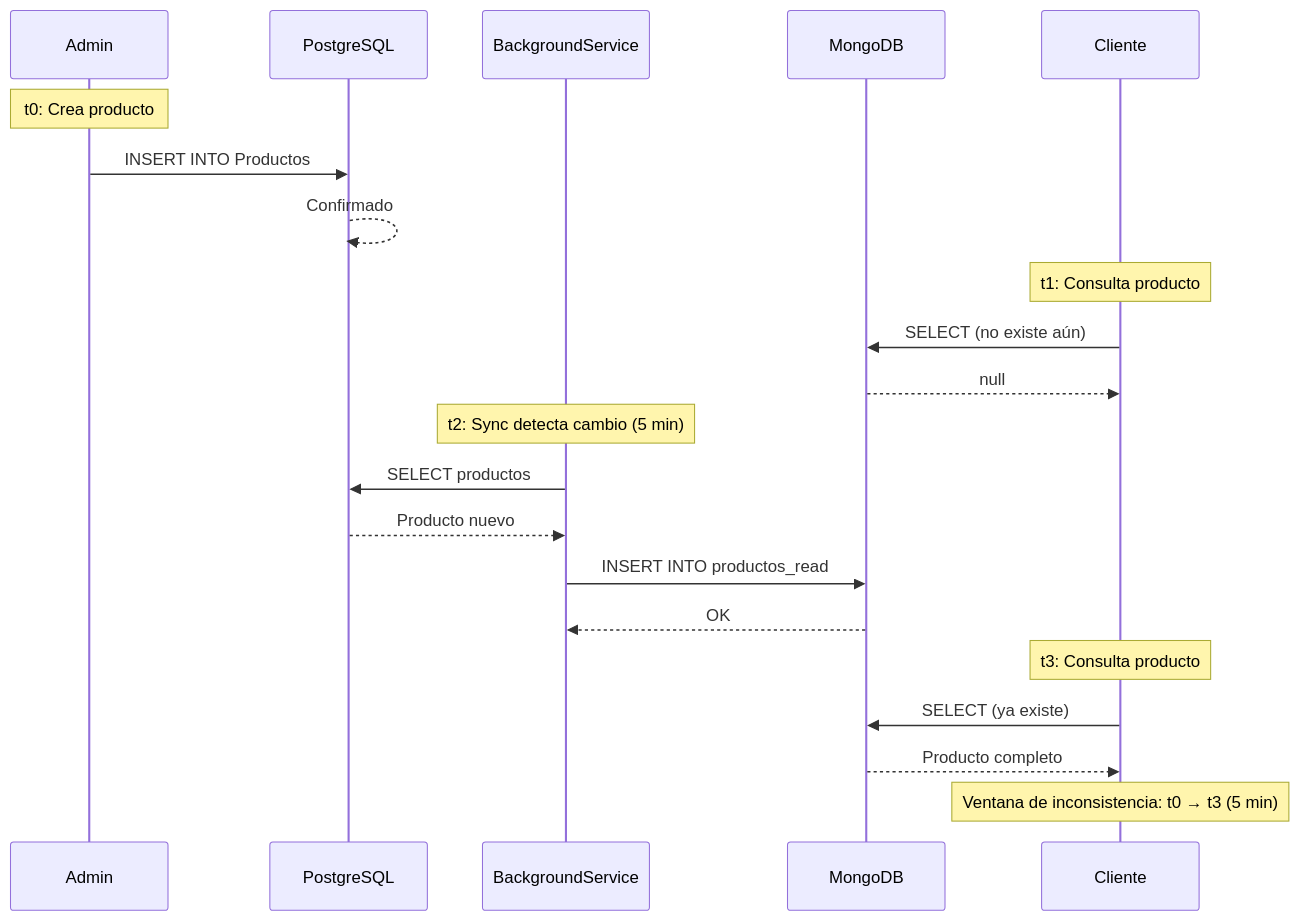
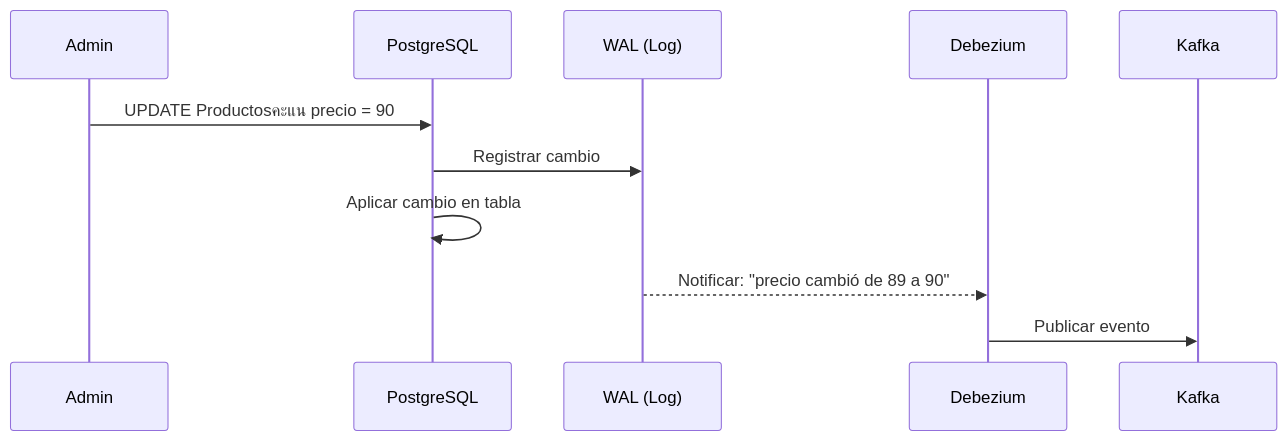
Diagram 16 of 18 in 30-cqrs-mediator.md (joseluisgs/DesarrolloWebEntornosServidor-02-2026-2027), drawn with Mermaid before and after one commit. The commit also changed other lines of this file, not shown here.

````diff
--- a/30-cqrs-mediator.md
+++ b/30-cqrs-mediator.md
@@ -720,28 +898,14 @@
 ```mermaid
 sequenceDiagram
     participant Admin as Admin
     participant SQL as PostgreSQL
-    participant Sync as BackgroundService
-    participant Mongo as MongoDB
-    participant Cliente as Cliente
+    participant WAL as WAL (Log)
+    participant CDC as Debezium
+    participant Kafka as Kafka
 
-    Note over Admin: t0: Crea producto
-    Admin->>SQL: INSERT INTO Productos
-    SQL-->>SQL: Confirmado
-
-    Note over Cliente: t1: Consulta producto
-    Cliente->>Mongo: SELECT (no existe aún)
-    Mongo-->>Cliente: null
-
-    Note over Sync: t2: Sync detecta cambio (5 min)
-    Sync->>SQL: SELECT productos
-    SQL-->>Sync: Producto nuevo
-    Sync->>Mongo: INSERT INTO productos_read
-    Mongo-->>Sync: OK
-
-    Note over Cliente: t3: Consulta producto
-    Cliente->>Mongo: SELECT (ya existe)
-    Mongo-->>Cliente: Producto completo
-
-    Note over Cliente: Ventana de inconsistencia: t0 → t3 (5 min)
+    Admin->>SQL: UPDATE Productosคะแน precio = 90
+    SQL->>WAL: Registrar cambio
+    SQL->>SQL: Aplicar cambio en tabla
+    WAL-->>CDC: Notificar: "precio cambió de 89 a 90"
+    CDC->>Kafka: Publicar evento
 ```
````
